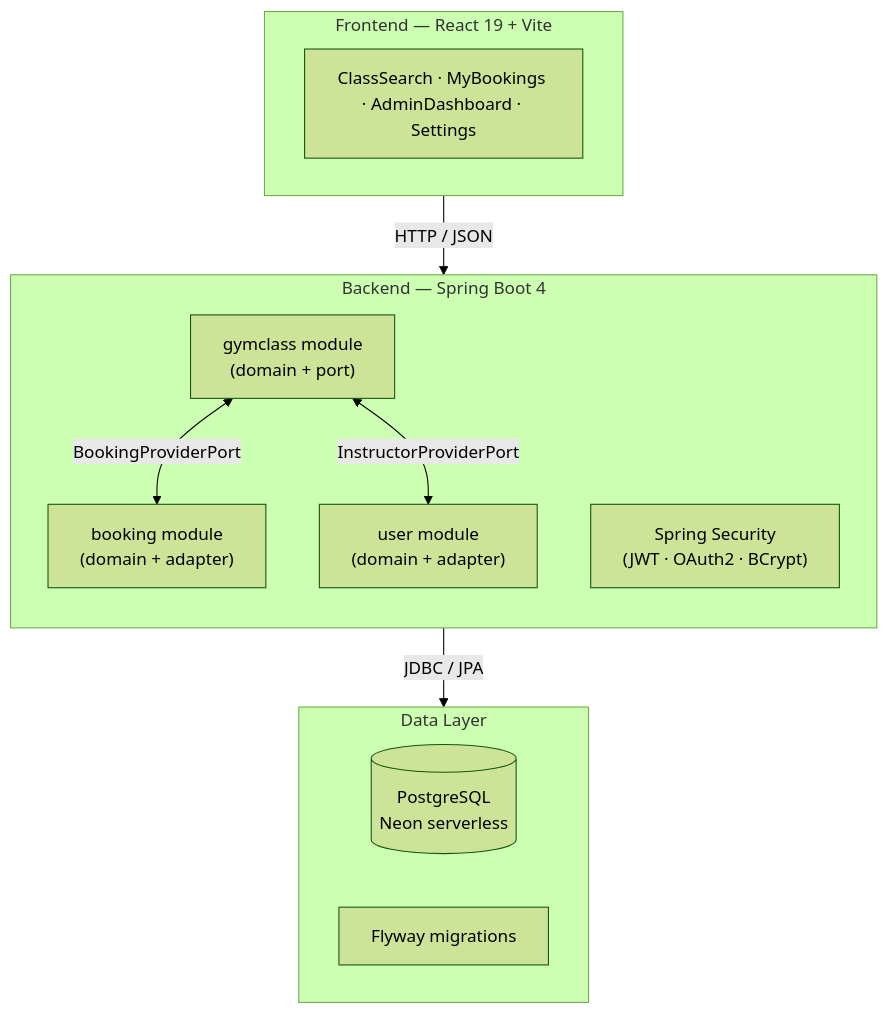
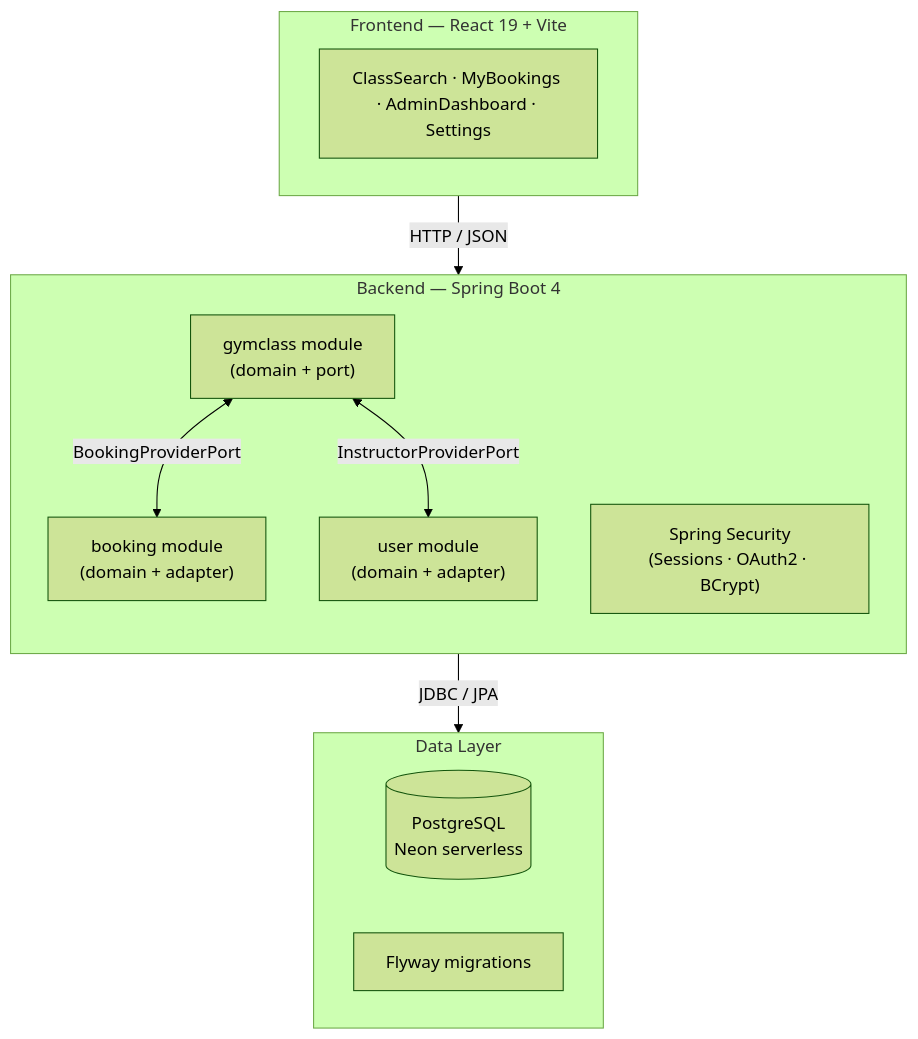
Before and after one commit to mattknatt/boka: the diagram in README.md, drawn with Mermaid (forest theme).

Commit message:
Update security module description in README to reflect session-based authentication (#52)

````diff
--- a/README.md
+++ b/README.md
@@ -18,24 +18,24 @@
 ```mermaid
 flowchart TD
     subgraph Frontend["Frontend — React 19 + Vite"]
         UI["ClassSearch · MyBookings · AdminDashboard · Settings"]
     end
 
     subgraph Backend["Backend — Spring Boot 4"]
         direction TB
         GymClass["gymclass module\n(domain + port)"]
         Booking["booking module\n(domain + adapter)"]
         User["user module\n(domain + adapter)"]
-        Security["Spring Security\n(JWT · OAuth2 · BCrypt)"]
+        Security["Spring Security\n(Sessions · OAuth2 · BCrypt)"]
         GymClass <-->|BookingProviderPort| Booking
         GymClass <-->|InstructorProviderPort| User
     end
 
     subgraph Data["Data Layer"]
         DB[(PostgreSQL\nNeon serverless)]
         Flyway["Flyway migrations"]
     end
 
     Frontend -->|HTTP / JSON| Backend
     Backend -->|JDBC / JPA| Data
 ```
````
